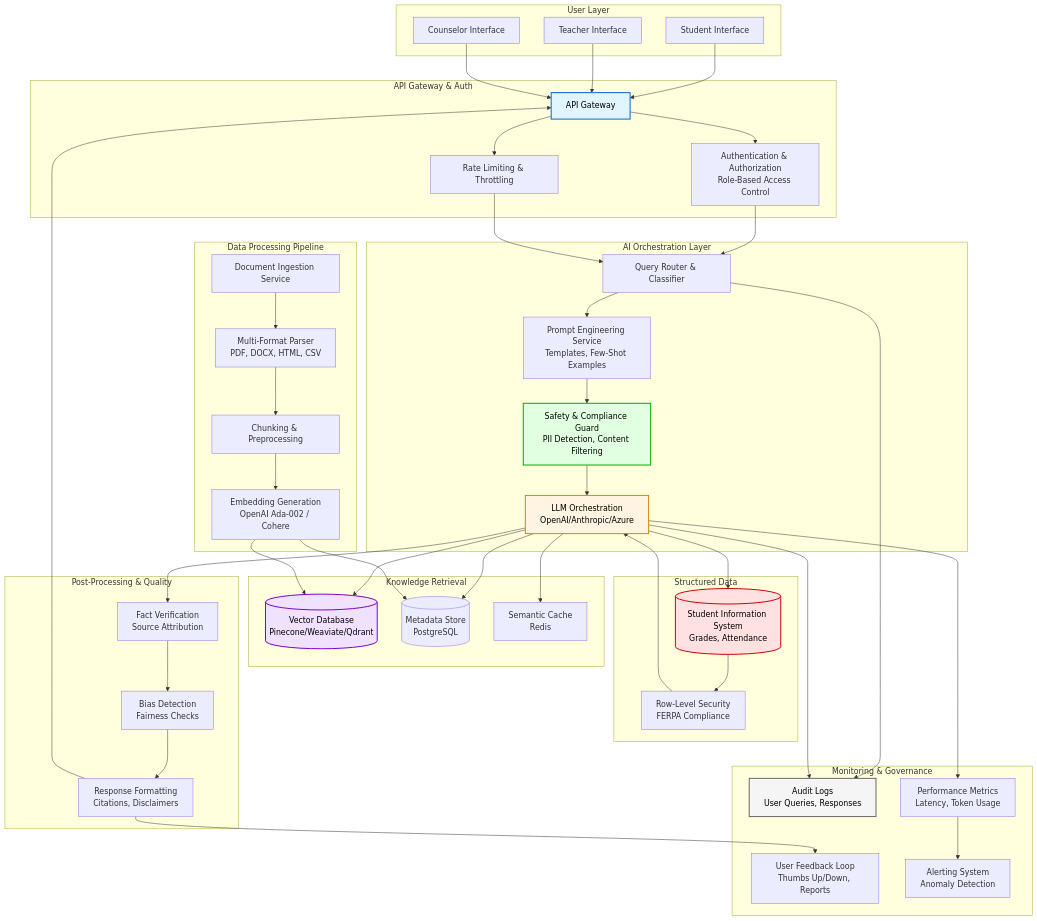
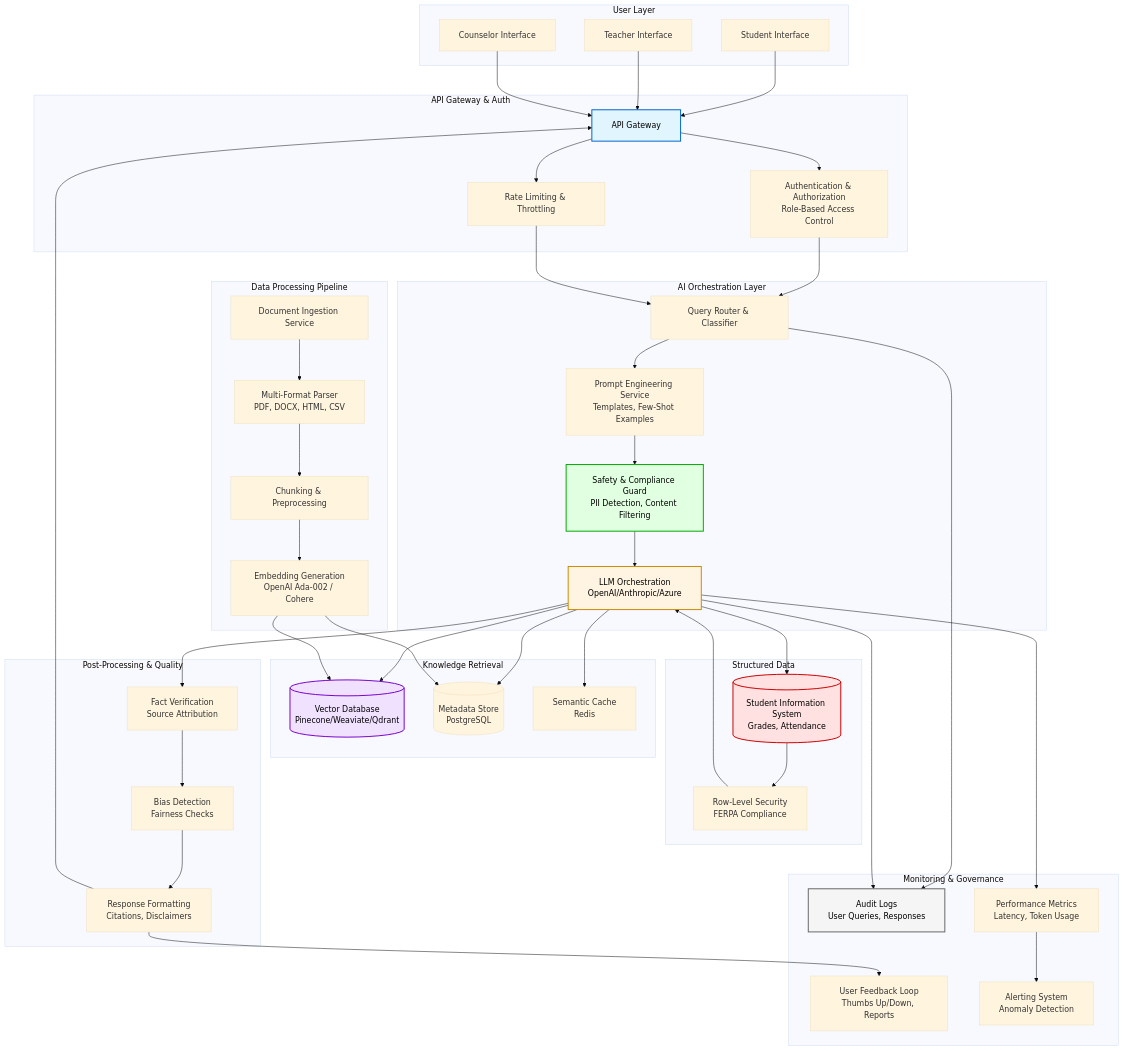
One commit to kbwillia/sparq-takehome changed the diagram in ARCHITECTURE.md. Above: the diagram before and after it, drawn with Mermaid.

Commit message:
Update architecture diagram configuration to set base theme and improve font styling

````diff
--- a/ARCHITECTURE.md
+++ b/ARCHITECTURE.md
@@ -5,4 +5,5 @@
 ```mermaid
+%%{init: {'theme':'base', 'themeVariables': {'fontSize':'16px', 'fontFamily':'arial'}, 'flowchart': {'nodeSpacing': 60, 'rankSpacing': 60, 'padding': 20}}}%%
 graph TB
     subgraph "User Layer"
         Student[Student Interface]
````
